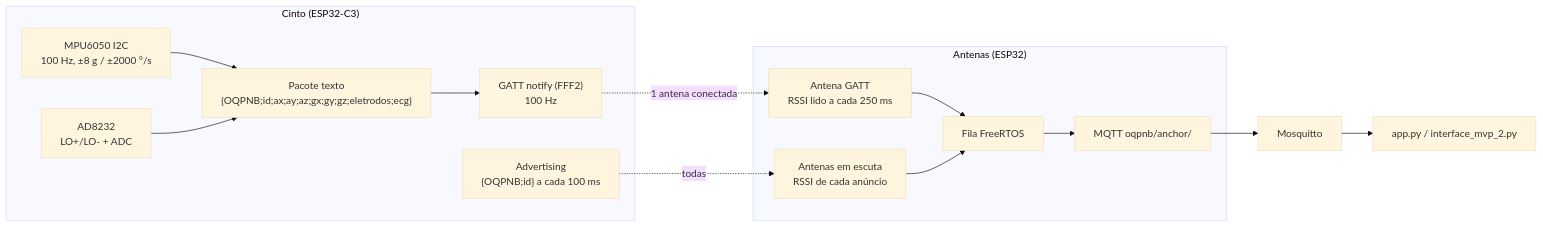
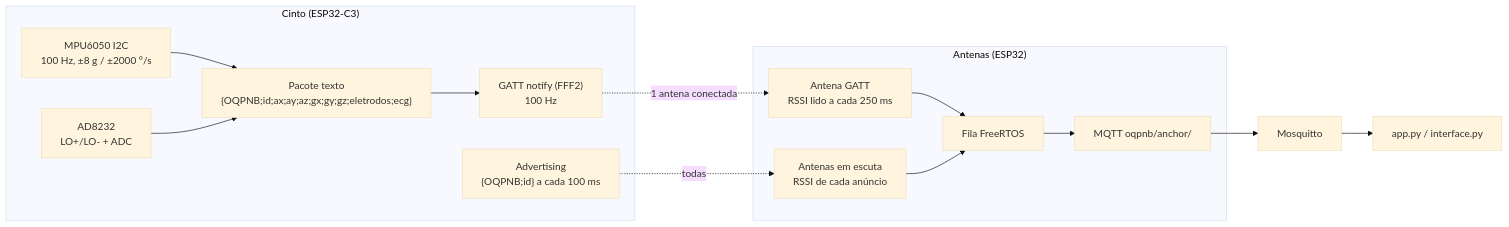
One commit to KaykyCrespo/cinto-inteligente-deteccao-quedas changed the diagram in Arduino/README_FIRMWARE.md. Above: the diagram before and after it, drawn with Mermaid (base theme). The commit also changed other lines of this file and 61 other files, not shown here.

````diff
--- a/Arduino/README_FIRMWARE.md
+++ b/Arduino/README_FIRMWARE.md
@@ -17,17 +17,17 @@
 ```mermaid
 flowchart LR
     subgraph Cinto ["Cinto (ESP32-C3)"]
         MPU["MPU6050 I2C\n100 Hz, ±8 g / ±2000 °/s"] --> PKT["Pacote texto\n{OQPNB;id;ax;ay;az;gx;gy;gz;eletrodos;ecg}"]
         ECG["AD8232\nLO+/LO- + ADC"] --> PKT
         PKT --> GATT["GATT notify (FFF2)\n100 Hz"]
         ADV["Advertising\n{OQPNB;id} a cada 100 ms"]
     end
     subgraph Antenas ["Antenas (ESP32)"]
         GATT -. "1 antena conectada" .-> AG["Antena GATT\nRSSI lido a cada 250 ms"]
         ADV -. "todas" .-> AA["Antenas em escuta\nRSSI de cada anúncio"]
         AG --> Q["Fila FreeRTOS"]
         AA --> Q
         Q --> MQTT["MQTT oqpnb/anchor/<id>"]
     end
-    MQTT --> BRK["Mosquitto"] --> PC["app.py / interface_mvp_2.py"]
+    MQTT --> BRK["Mosquitto"] --> PC["app.py / interface.py"]
 ```
````
